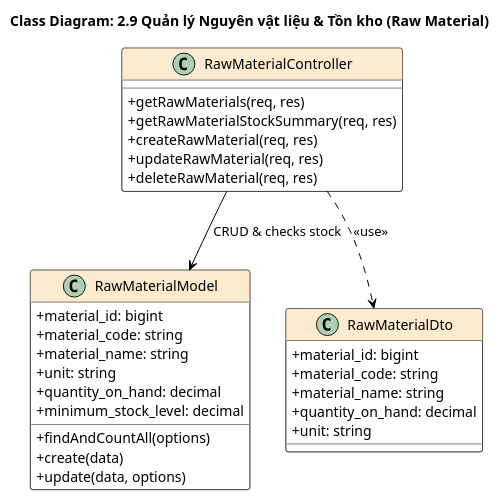
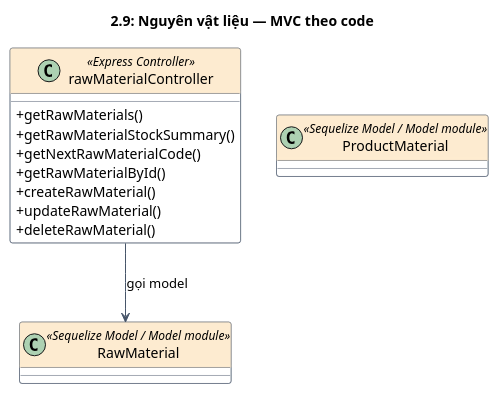
One commit to chuoois/FS-SIMS changed the ninth of 14 diagrams in docs/classdiagrams.md. Above: the diagram before and after it, drawn with PlantUML. The commit also changed other lines of this file and 8 other files, not shown here.

````diff
--- a/docs/classdiagrams.md
+++ b/docs/classdiagrams.md
@@ -475,43 +415,27 @@
 ```plantuml
 @startuml
 skinparam classAttributeIconSize 0
 skinparam class {
-    BackgroundColor White
-    BorderColor Black
-    ArrowColor Black
-    HeaderBackgroundColor #FDEBD0
+  BackgroundColor White
+  BorderColor #475569
+  ArrowColor #475569
+  HeaderBackgroundColor #FDEBD0
 }
-title Class Diagram: 2.9 Quản lý Nguyên vật liệu & Tồn kho (Raw Material)
+title 2.9: Nguyên vật liệu — MVC theo code
 
-class RawMaterialController {
-  +getRawMaterials(req, res)
-  +getRawMaterialStockSummary(req, res)
-  +createRawMaterial(req, res)
-  +updateRawMaterial(req, res)
-  +deleteRawMaterial(req, res)
+class rawMaterialController <<Express Controller>> {
+  +getRawMaterials()
+  +getRawMaterialStockSummary()
+  +getNextRawMaterialCode()
+  +getRawMaterialById()
+  +createRawMaterial()
+  +updateRawMaterial()
+  +deleteRawMaterial()
 }
 
-class RawMaterialModel {
-  +material_id: bigint
-  +material_code: string
-  +material_name: string
-  +unit: string
-  +quantity_on_hand: decimal
-  +minimum_stock_level: decimal
-  +findAndCountAll(options)
-  +create(data)
-  +update(data, options)
-}
+class RawMaterial <<Sequelize Model / Model module>>
 
-class RawMaterialDto {
-  +material_id: bigint
-  +material_code: string
-  +material_name: string
-  +quantity_on_hand: decimal
-  +unit: string
-}
-
-RawMaterialController --> RawMaterialModel : CRUD & checks stock
-RawMaterialController ..> RawMaterialDto : <<use>>
+class ProductMaterial <<Sequelize Model / Model module>>
+rawMaterialController --> RawMaterial : gọi model
 @enduml
 ```
````
